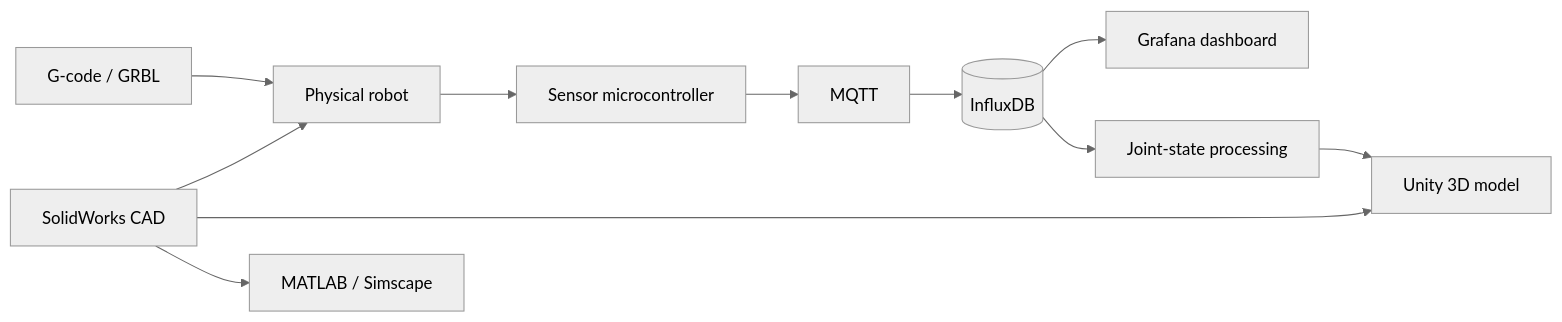
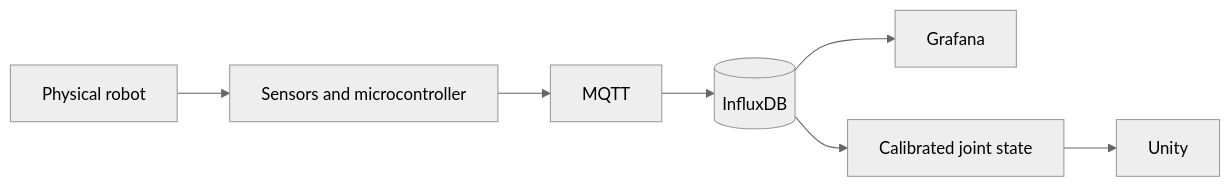
One commit to HassanAliJanjua03/Final-Year-Project changed the diagram in README.md. Above: the diagram before and after it, drawn with Mermaid (neutral theme). The commit also changed other lines of this file and 16 other files, not shown here.

````diff
--- a/README.md
+++ b/README.md
@@ -44,13 +218,9 @@
 ```mermaid
 flowchart LR
-  CAD[SolidWorks CAD] --> P[Physical robot]
-  CAD --> U[Unity 3D model]
-  CAD --> M[MATLAB / Simscape]
-  G[G-code / GRBL] --> P
-  P --> S[Sensor microcontroller]
-  S --> Q[MQTT]
-  Q --> D[(InfluxDB)]
-  D --> F[Grafana dashboard]
-  D --> T[Joint-state processing]
-  T --> U
+    A["Physical robot"] --> B["Sensors and microcontroller"]
+    B --> C["MQTT"]
+    C --> D[("InfluxDB")]
+    D --> E["Grafana"]
+    D --> F["Calibrated joint state"]
+    F --> G["Unity"]
 ```
````
